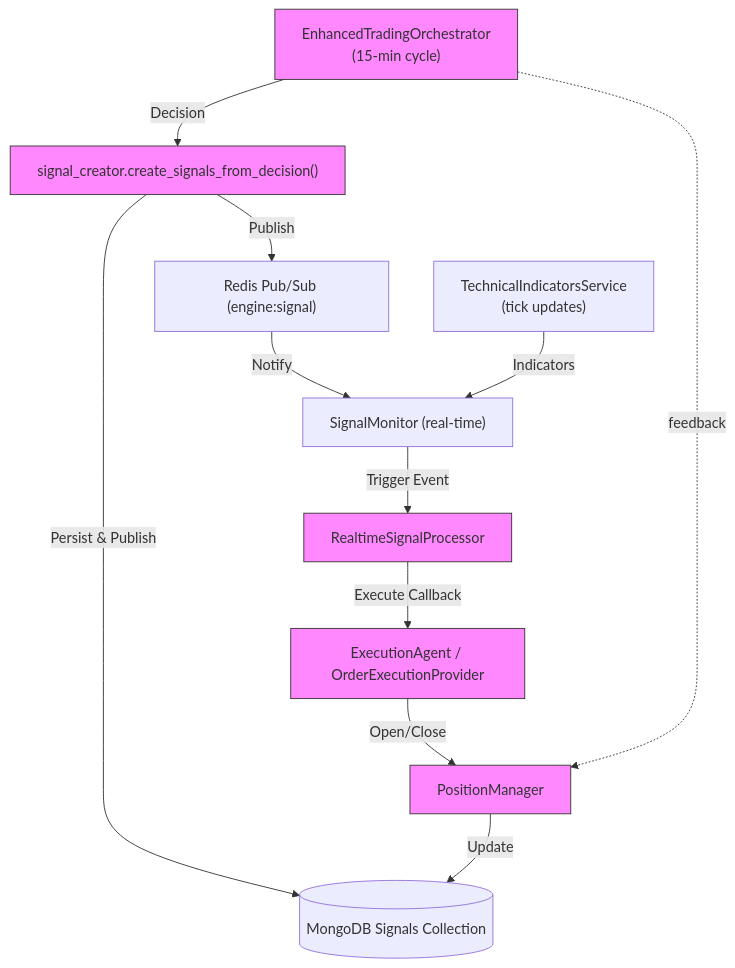
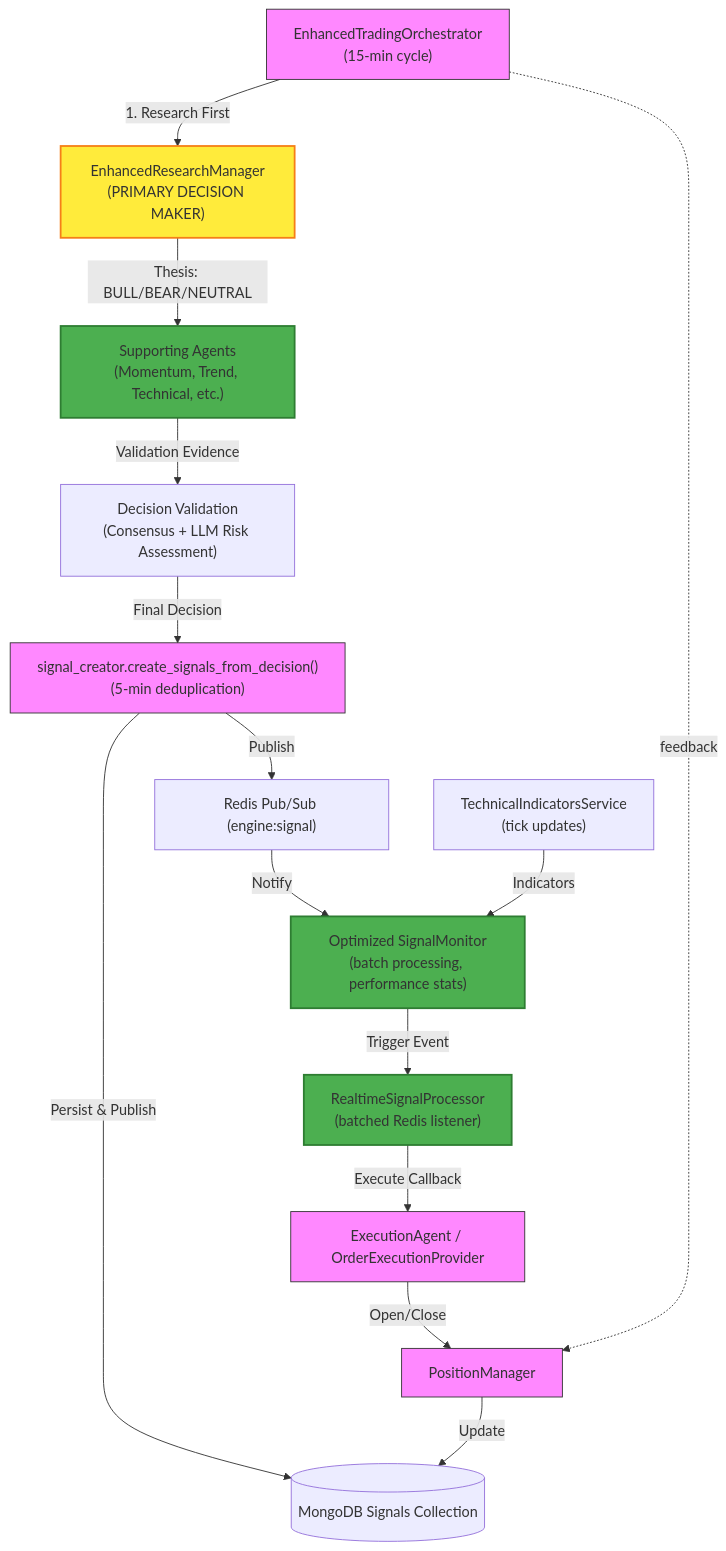
Before and after one commit to amitsajwan/trading_ai: the diagram in engine_module/AGENTS.md, drawn with Mermaid. The commit also changed other lines of this file and 989 other files, not shown here.

````diff
--- a/engine_module/AGENTS.md
+++ b/engine_module/AGENTS.md
@@ -176,16 +197,24 @@
 ```mermaid
 flowchart TD
-  Orchestrator["EnhancedTradingOrchestrator\n(15-min cycle)"] -->|Decision| SignalCreator["signal_creator.create_signals_from_decision()"]
+  Orchestrator["EnhancedTradingOrchestrator\n(15-min cycle)"] -->|1. Research First| ResearchManager["EnhancedResearchManager\n(PRIMARY DECISION MAKER)"]
+  ResearchManager -->|Thesis: BULL/BEAR/NEUTRAL| SupportingAgents["Supporting Agents\n(Momentum, Trend, Technical, etc.)"]
+  SupportingAgents -->|Validation Evidence| DecisionValidation["Decision Validation\n(Consensus + LLM Risk Assessment)"]
+  DecisionValidation -->|Final Decision| SignalCreator["signal_creator.create_signals_from_decision()\n(5-min deduplication)"]
   SignalCreator -->|Persist & Publish| MongoDB[(MongoDB Signals Collection)]
   SignalCreator -->|Publish| RedisPub["Redis Pub/Sub (engine:signal)"]
-  RedisPub -->|Notify| SignalMonitor["SignalMonitor (real-time)"]
+  RedisPub -->|Notify| SignalMonitor["Optimized SignalMonitor\n(batch processing, performance stats)"]
   TechnicalService["TechnicalIndicatorsService\n(tick updates)"] -->|Indicators| SignalMonitor
-  SignalMonitor -->|Trigger Event| RealtimeProcessor["RealtimeSignalProcessor"]
+  SignalMonitor -->|Trigger Event| RealtimeProcessor["RealtimeSignalProcessor\n(batched Redis listener)"]
   RealtimeProcessor -->|Execute Callback| ExecutionAgent["ExecutionAgent / OrderExecutionProvider"]
   ExecutionAgent -->|Open/Close| PositionManager["PositionManager"]
   PositionManager -->|Update| MongoDB
   Orchestrator -. feedback .-> PositionManager
 
+  classDef research fill:#ffeb3b,stroke:#f57f17,stroke-width:2px;
+  classDef enhanced fill:#4caf50,stroke:#2e7d32,stroke-width:2px;
   classDef service fill:#f8f,stroke:#333,stroke-width:1px;
-  class Orchestrator,SignalCreator,RealtimeProcessor,ExecutionAgent,PositionManager service
+
+  class ResearchManager research
+  class SupportingAgents,SignalMonitor,RealtimeProcessor enhanced
+  class Orchestrator,SignalCreator,ExecutionAgent,PositionManager service
 ```
````
